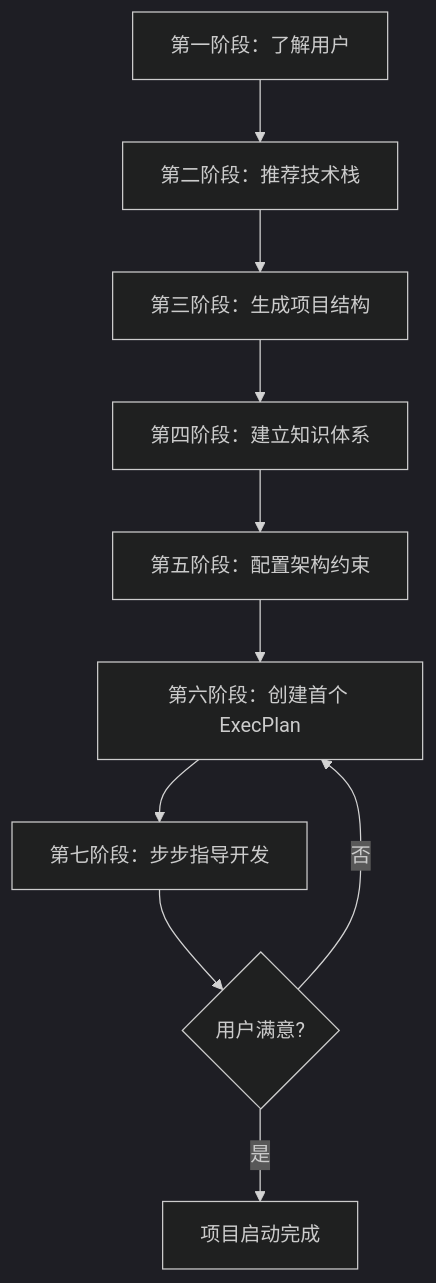
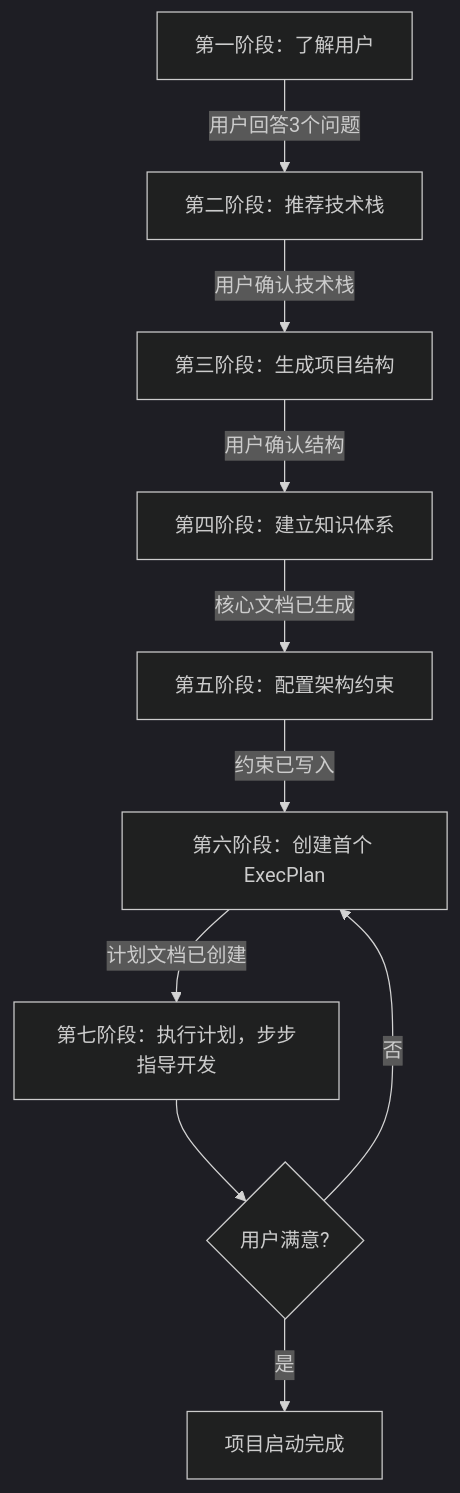
The diagram in vibe-coding-launcher/SKILL.md (jiabai/awesome-skills), drawn with Mermaid (dark theme) before and after one commit. The commit also changed other lines of this file, not shown here.

````diff
--- a/vibe-coding-launcher/SKILL.md
+++ b/vibe-coding-launcher/SKILL.md
@@ -14,12 +14,12 @@
 ```mermaid
 flowchart TD
-    A[第一阶段：了解用户] --> B[第二阶段：推荐技术栈]
-    B --> C[第三阶段：生成项目结构]
-    C --> D[第四阶段：建立知识体系]
-    D --> E[第五阶段：配置架构约束]
-    E --> F[第六阶段：创建首个 ExecPlan]
-    F --> G[第七阶段：步步指导开发]
+    A[第一阶段：了解用户] -->|用户回答3个问题| B[第二阶段：推荐技术栈]
+    B -->|用户确认技术栈| C[第三阶段：生成项目结构]
+    C -->|用户确认结构| D[第四阶段：建立知识体系]
+    D -->|核心文档已生成| E[第五阶段：配置架构约束]
+    E -->|约束已写入| F[第六阶段：创建首个 ExecPlan]
+    F -->|计划文档已创建| G[第七阶段：执行计划，步步指导开发]
     G --> H{用户满意?}
     H -->|是| I[项目启动完成]
     H -->|否| F
 ```
````
